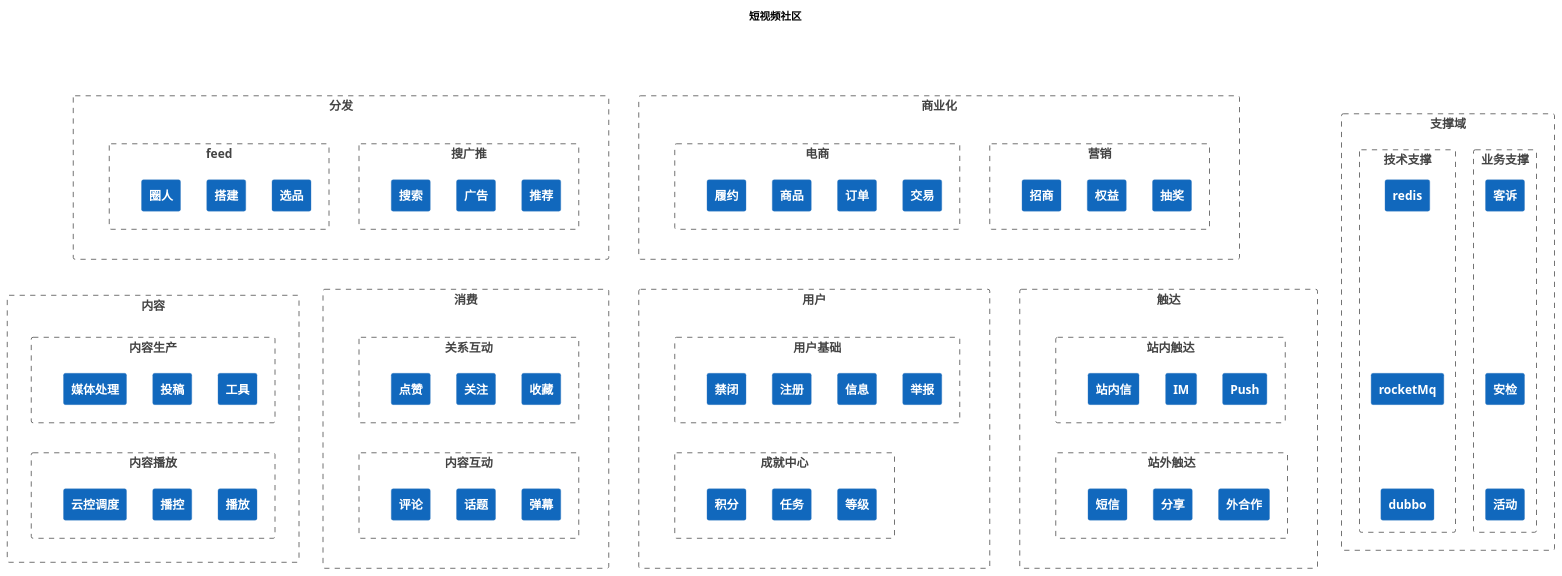
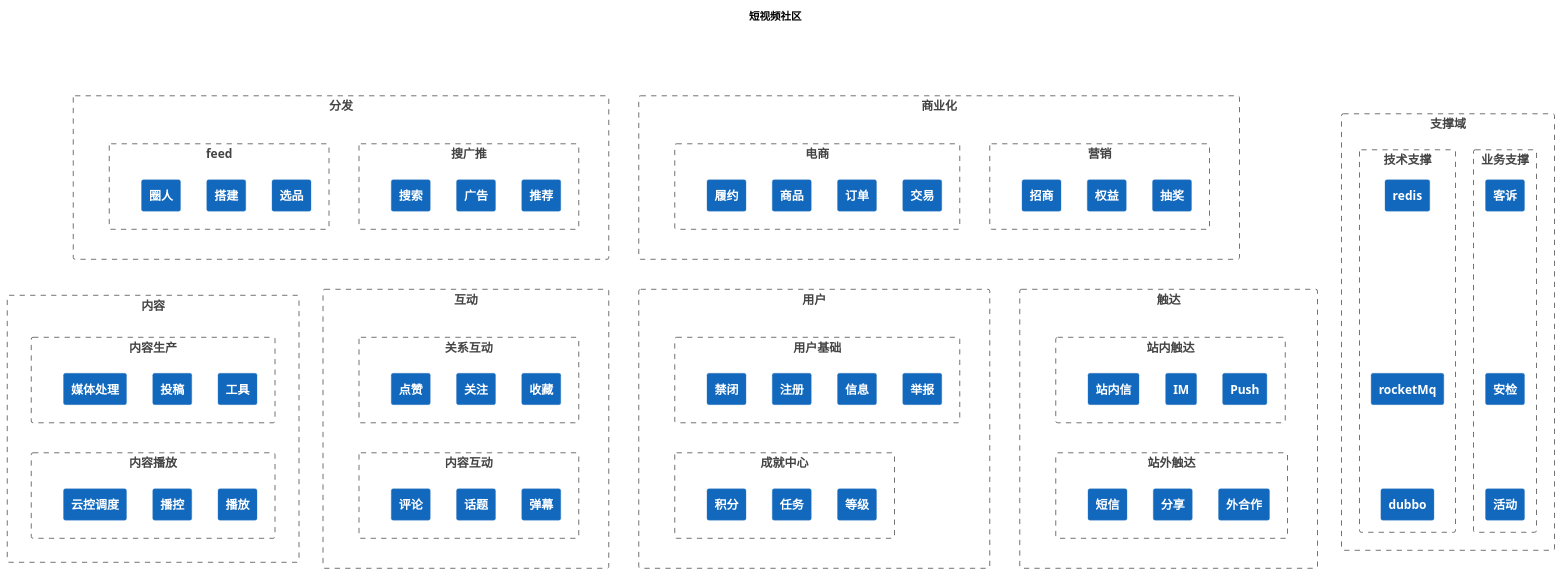
One commit to nxnnxn/community-doc changed the diagram in puml/system.puml. Above: the diagram before and after it, drawn with PlantUML. The commit also changed 23 other files, not shown here.

```diff
--- a/puml/system.puml
+++ b/puml/system.puml
@@ -1,167 +1,167 @@
 @startuml
 !include <C4/C4_Context>
 HIDE_STEREOTYPE()
 
 title 短视频社区
 
 Boundary(fenfa,"分发"){
    Boundary(searchAndRec, "搜广推"){
      System(search, "搜索")
      System(rec, "推荐")
      System(ad, "广告")
      Lay_L(ad, search)
      Lay_R(ad, rec)
   }
 
   Boundary(feed, "feed"){
      System(quanren, "圈人")
      System(xuanpin, "选品")
      System(dajian, "搭建")
      Lay_L(dajian, quanren)
      Lay_R(dajian, xuanpin)
   }
   Lay_R(searchAndRec, feed)
 }
 
 
 Boundary(content,"内容"){
    Boundary(contentProduction, "内容生产"){
      System(media_process, "媒体处理")
      System(post, "投稿")
      System(postTool, "工具")
      Lay_L(post, media_process)
      Lay_R(post, postTool)
   }
 
   Boundary(contentPlay, "内容播放"){
      System(videoTest, "云控调度")
      System(videoPlay, "播放")
      System(videoCon, "播控")
      Lay_L(videoCon, videoTest)
      Lay_R(videoCon, videoPlay)
   }
   Lay_D(contentProduction, contentPlay)
 }
 
-Boundary(interact,"消费"){
+Boundary(interact,"互动"){
    Boundary(relationInteract, "关系互动"){
      System(follow, "关注")
      System(praise, "点赞")
      System(collect, "收藏")
      Lay_L(follow, praise)
      Lay_R(follow, collect)
   }
 
   Boundary(contentInteract, "内容互动"){
      System(comment, "评论")
      System(bullentComment, "弹幕")
      System(topic, "话题")
      Lay_L(topic, comment)
      Lay_R(topic, bullentComment)
   }
   Lay_D(relationInteract, contentInteract)
 }
 
 Boundary(user,"用户"){
    Boundary(base, "用户基础"){
      System(zhuce, "注册")
      System(userBase, "信息")
      System(jubao, "举报")
      System(jingbi, "禁闭")
      Lay_L(userBase, zhuce)
      Lay_R(userBase, jubao)
   }
 
   Boundary(userRight, "成就中心"){
      System(jifen, "积分")
      System(dengji, "等级")
      System(task, "")
      System(task, "任务")
      Lay_L(task, jifen)
      Lay_R(task, dengji)
   }
   Lay_D(base, userRight)
 }
 
 
 Boundary(touch,"触达"){
    Boundary(inTouch, "站内触达"){
      System(message, "站内信")
      System(push, "Push")
      System(im, "IM")
      Lay_L(im, message)
      Lay_R(im, push)
   }
 
   Boundary(outTouch, "站外触达"){
      System(share, "分享")
      System(shortMessage, "短信")
      System(out, "外合作")
      Lay_L(share, shortMessage)
      Lay_R(share, out)
   }
   Lay_D(inTouch, outTouch)
 }
 Lay_D(fenfa,contentProduction)
 
 
 Boundary(shangyehua,"商业化"){
    Boundary(guanggao, "营销"){
      System(zhaoshang, "招商")
      System(a, "权益")
      System(b, "抽奖")
      Lay_L(a, zhaoshang)
      Lay_R(a, b)
   }
 
   Boundary(ecommerce, "电商"){
      System(goods, "商品")
      System(order, "订单")
      System(trade, "交易")
       System(luxue, "履约")
      Lay_L(order, goods)
      Lay_R(order, trade)
   }
   Lay_R(guanggao, ecommerce)
 }
 
 
 Lay_R(fenfa,shangyehua)
 
 Lay_D(fenfa,contentProduction)
 Lay_D(fenfa,interact)
 Lay_D(fenfa,user)
 Lay_D(fenfa,touch)
 
 
 Lay_D(shangyehua,contentProduction)
 Lay_D(shangyehua,interact)
 Lay_D(shangyehua,user)
 Lay_D(shangyehua,touch)
 
 Boundary(support,"支撑域"){
    Boundary(businessSupport, "业务支撑"){
        System(audit, "安检")
        System(keshu, "客诉")
        System(huodong, "活动")
        Lay_U(audit, keshu)
        Lay_D(audit, huodong)
      }
 
    Boundary(tecSupport, "技术支撑"){
         System(redis, "redis")
         System(rocketMq, "rocketMq")
         System(dubbo, "dubbo")
         Lay_D(redis, rocketMq)
         Lay_D(rocketMq, dubbo)
     }
 }
 
 
 
 
 
 
 
 
 @enduml
```
